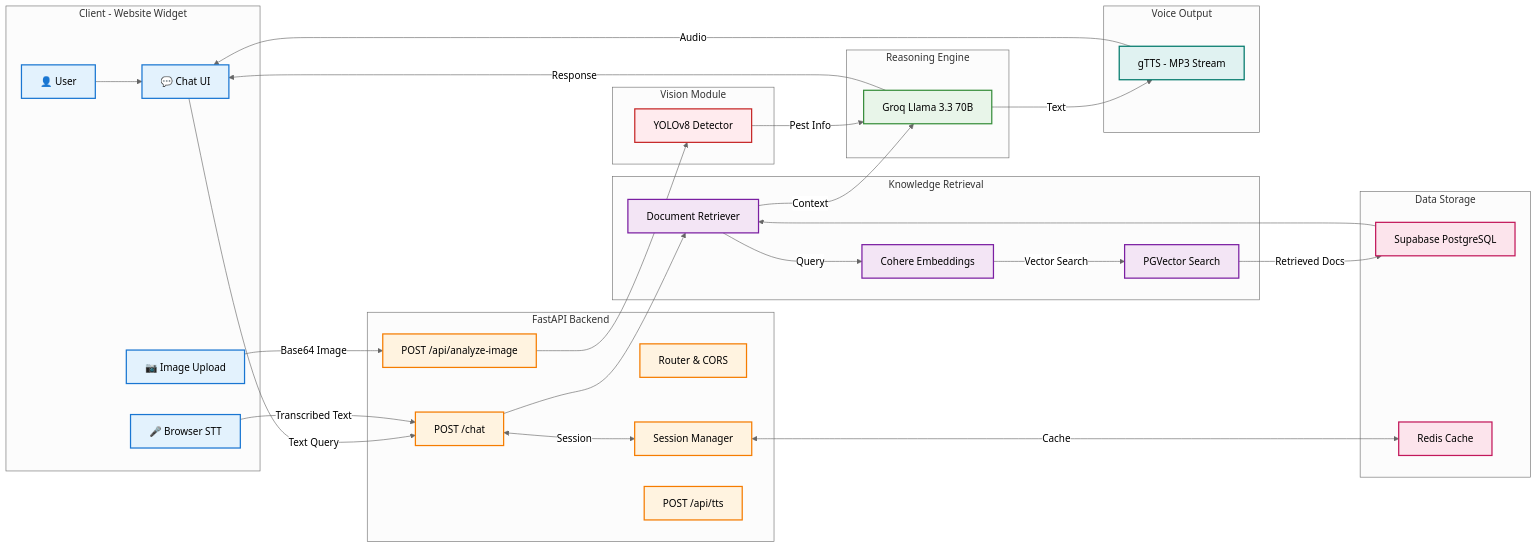
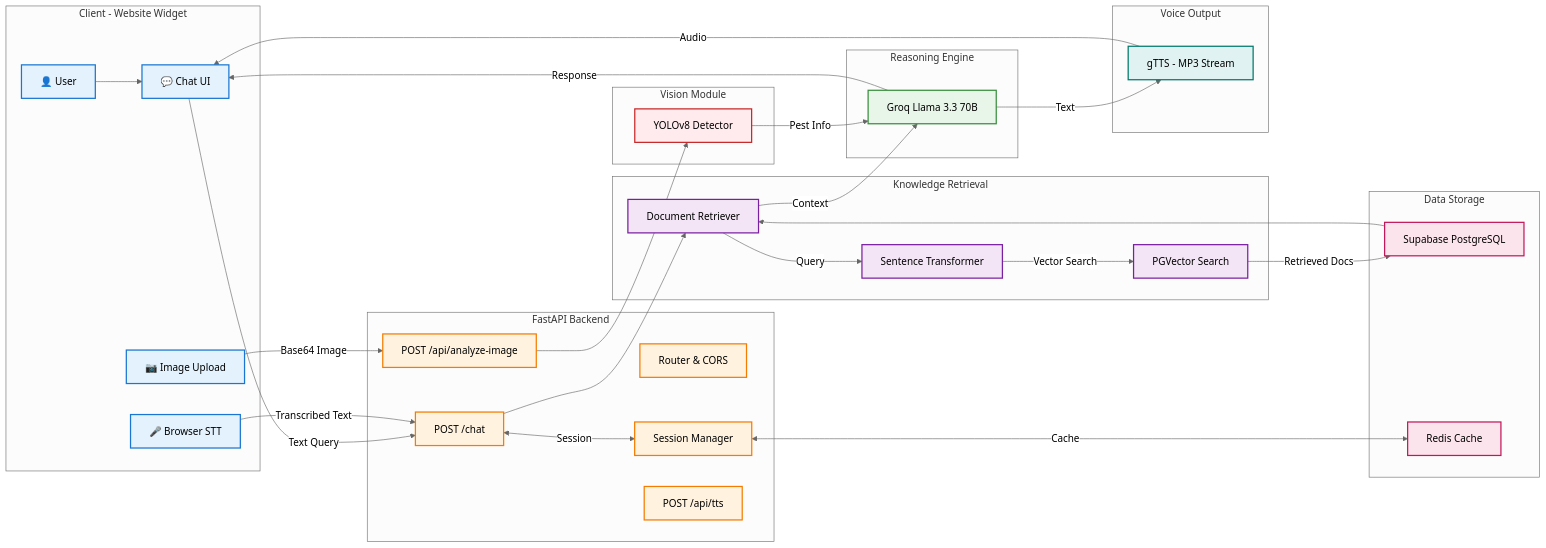
The diagram in README.md (abdullahnaseem4802-dot/RAG-chatbot), drawn with Mermaid (neutral theme) before and after one commit. The commit also changed other lines of this file, not shown here.

```diff
--- a/README.md
+++ b/README.md
@@ -74,7 +74,7 @@
 
   %% Knowledge Layer
   subgraph Knowledge["Knowledge Retrieval"]
-    Embeddings["Cohere Embeddings"]
+    Embeddings["Sentence Transformer"]
     Vector["PGVector Search"]
     Retriever["Document Retriever"]
   end
```
